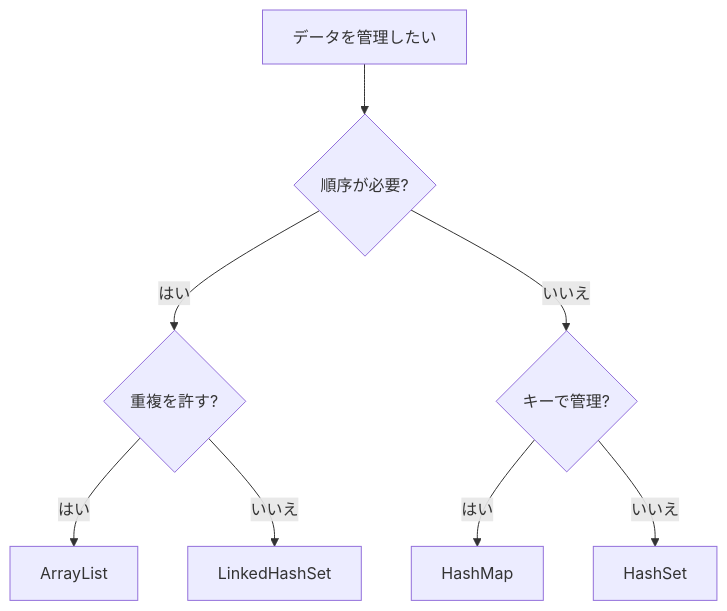
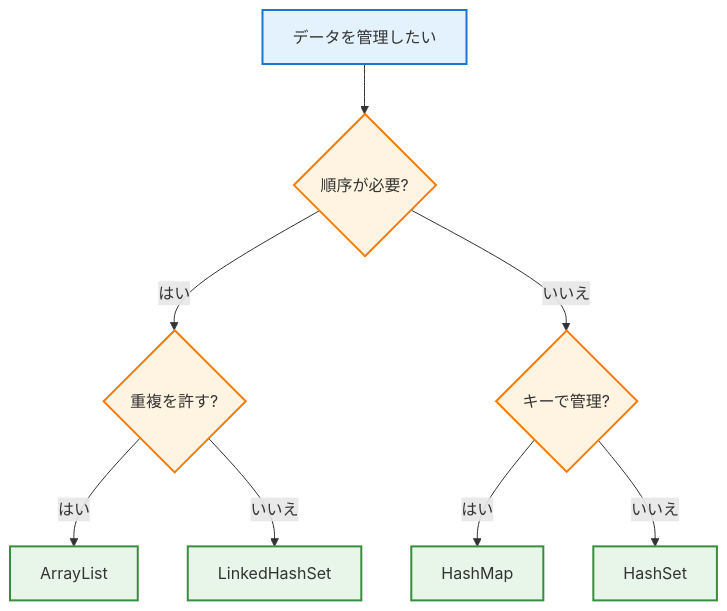
Before and after one commit to hash52/programming-bootcamp: the diagram in docs/docs/java/stdlib/15_collections.mdx, drawn with Mermaid. The commit also changed 4 other files, not shown here.

First line of the commit message:
refactor: Java教材のmermaid図表を視認性向上のため最適化

````diff
--- a/docs/docs/java/stdlib/15_collections.mdx
+++ b/docs/docs/java/stdlib/15_collections.mdx
@@ -458,10 +458,19 @@
 ```mermaid
-graph TD
+flowchart TD
     A[データを管理したい] --> B{順序が必要?}
     B -->|はい| C{重複を許す?}
     B -->|いいえ| D{キーで管理?}
     C -->|はい| E[ArrayList]
     C -->|いいえ| F[LinkedHashSet]
     D -->|はい| G[HashMap]
     D -->|いいえ| H[HashSet]
+
+    style A fill:#e3f2fd,stroke:#1976d2,stroke-width:2px
+    style B fill:#fff4e1,stroke:#f57c00,stroke-width:2px
+    style C fill:#fff4e1,stroke:#f57c00,stroke-width:2px
+    style D fill:#fff4e1,stroke:#f57c00,stroke-width:2px
+    style E fill:#e8f5e9,stroke:#388e3c,stroke-width:2px
+    style F fill:#e8f5e9,stroke:#388e3c,stroke-width:2px
+    style G fill:#e8f5e9,stroke:#388e3c,stroke-width:2px
+    style H fill:#e8f5e9,stroke:#388e3c,stroke-width:2px
 ```
````
